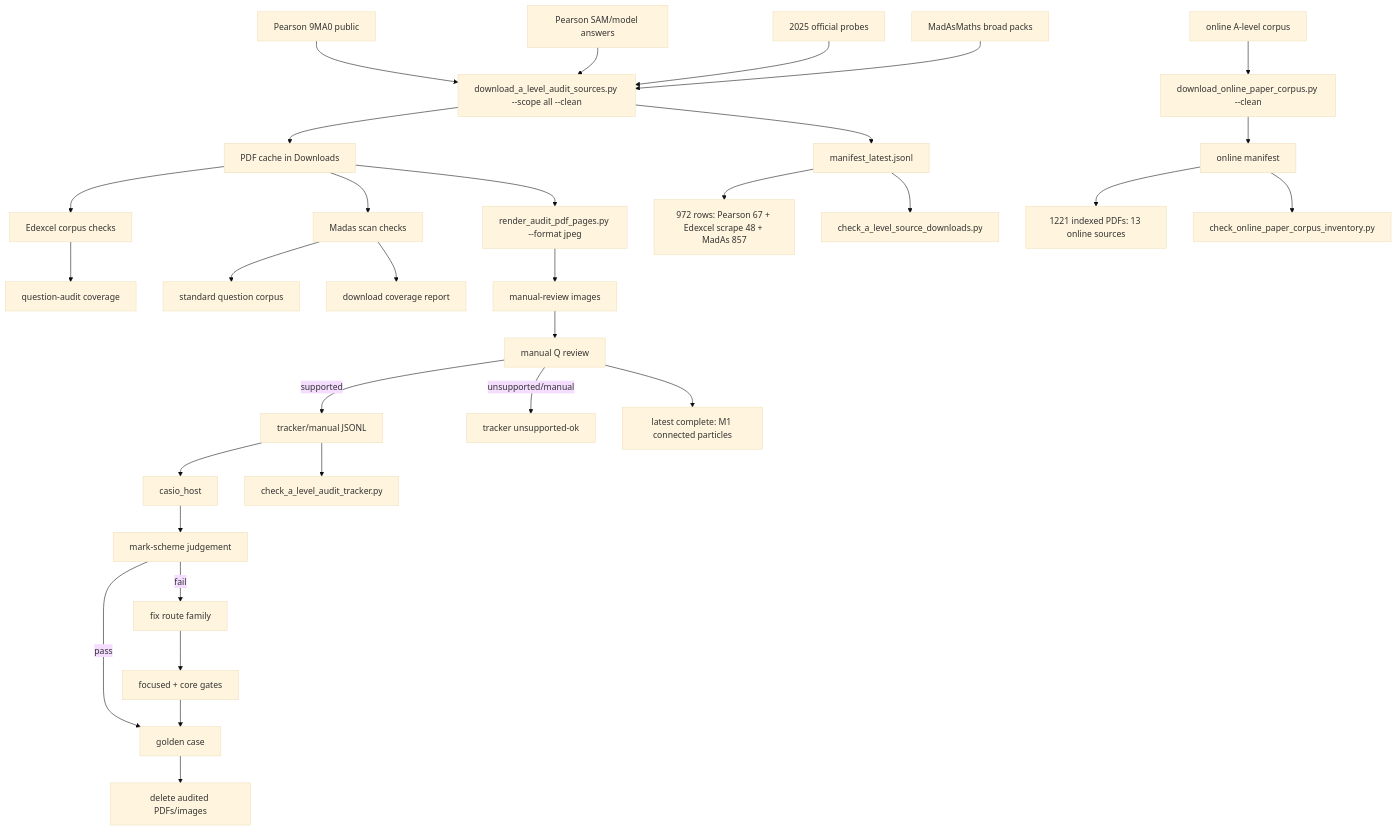
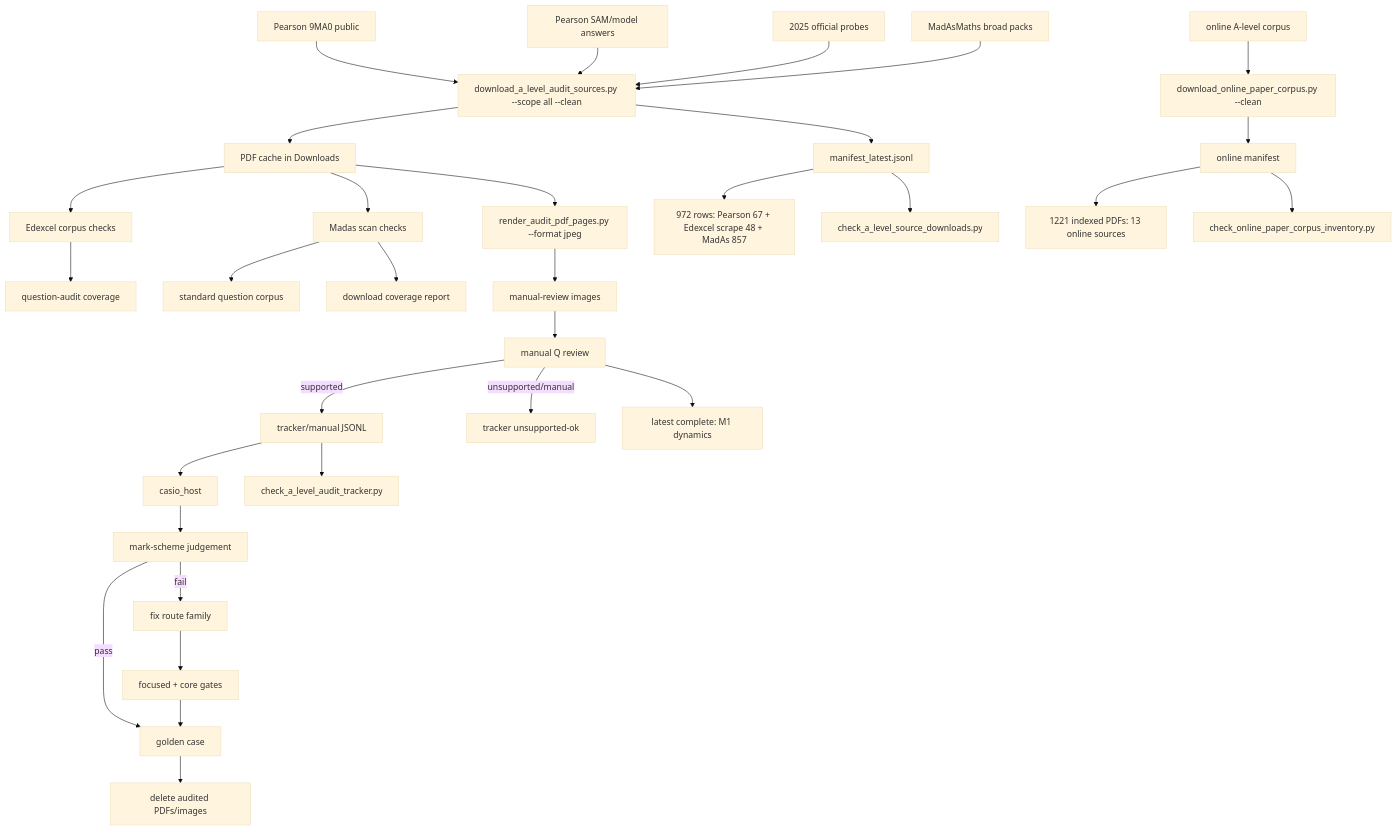
The diagram in c++/tools/golden/a_level_audit_graph.md (james8464/notes-addin-casio-fx-cg50), drawn with Mermaid (base theme) before and after one commit. The commit also changed other lines of this file and 2 other files, not shown here.

Commit message:
Audit M1 dynamics booklet

````diff
--- a/c++/tools/golden/a_level_audit_graph.md
+++ b/c++/tools/golden/a_level_audit_graph.md
@@ -3,34 +3,34 @@
 ```mermaid
 graph TD
   E1["Pearson 9MA0 public"] --> D["download_a_level_audit_sources.py --scope all --clean"]
   E2["Pearson SAM/model answers"] --> D
   E3["2025 official probes"] --> D
   M1["MadAsMaths broad packs"] --> D
   O1["online A-level corpus"] --> OD["download_online_paper_corpus.py --clean"]
   D --> P["PDF cache in Downloads"]
   D --> X["manifest_latest.jsonl"]
   OD --> OX["online manifest"]
   X --> XC["972 rows: Pearson 67 + Edexcel scrape 48 + MadAs 857"]
   OX --> OC["1221 indexed PDFs: 13 online sources"]
   X --> V["check_a_level_source_downloads.py"]
   OX --> OV["check_online_paper_corpus_inventory.py"]
   P --> E["Edexcel corpus checks"]
   E --> EQ["question-audit coverage"]
   P --> S["Madas scan checks"]
   S --> M["standard question corpus"]
   S --> MC["download coverage report"]
   P --> R["render_audit_pdf_pages.py --format jpeg"]
   R --> I["manual-review images"]
   I --> Q["manual Q review"]
   Q -->|supported| J["tracker/manual JSONL"]
   Q -->|unsupported/manual| U["tracker unsupported-ok"]
   J --> H["casio_host"]
   J --> K["check_a_level_audit_tracker.py"]
   H --> C["mark-scheme judgement"]
   C -->|pass| G["golden case"]
   C -->|fail| F["fix route family"]
   F --> T["focused + core gates"]
   T --> G
   G --> Z["delete audited PDFs/images"]
-  Q --> Qt["latest complete: M1 connected particles"]
+  Q --> Qt["latest complete: M1 dynamics"]
 ```
````
